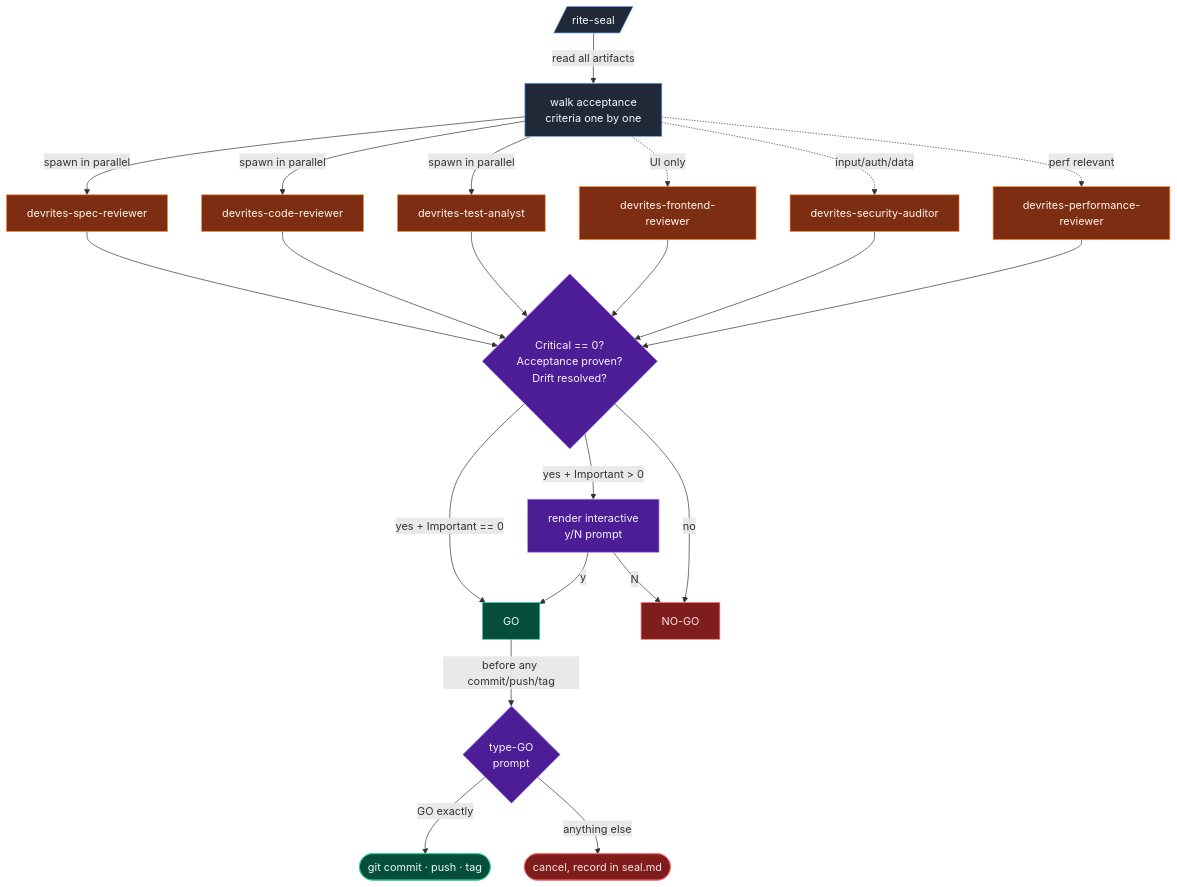
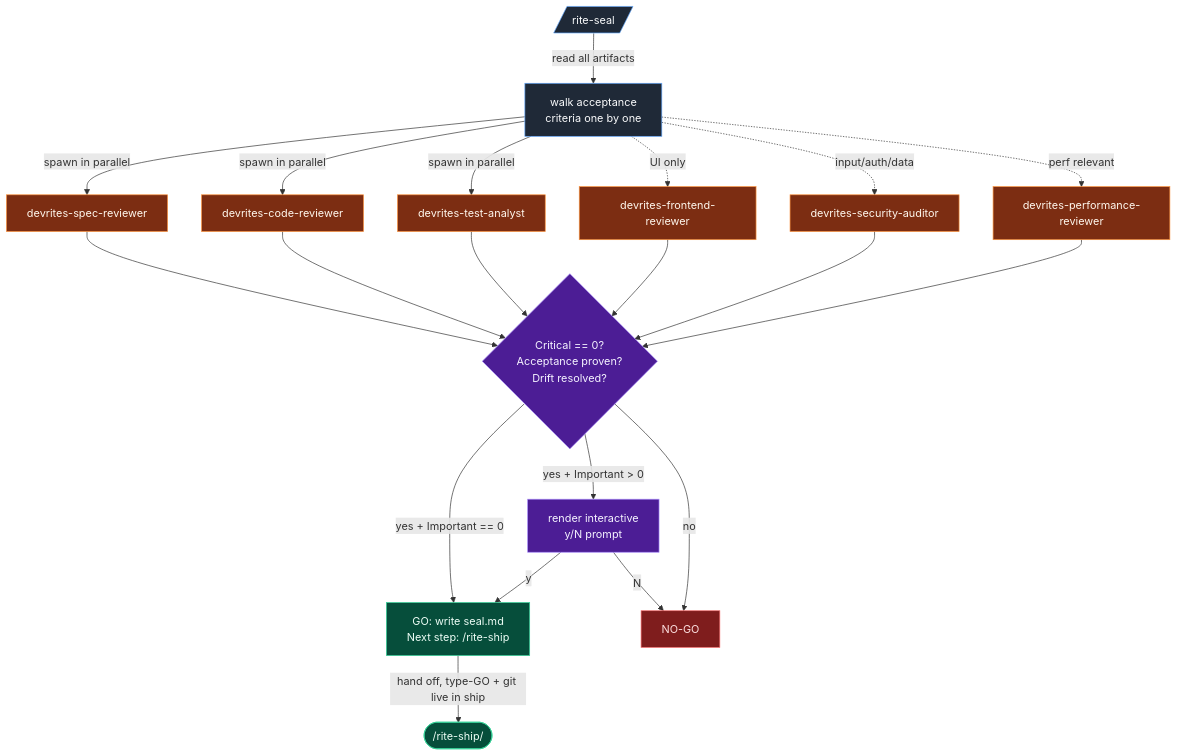
The fourth of 9 diagrams in docs/flow.md (ViktorsBaikers/DevRites), drawn with Mermaid before and after one commit. The commit also changed other lines of this file and 10 other files, not shown here.

First line of the commit message:
docs(docs): reflect ship/autocomplete + seal-decides split

````diff
--- a/docs/flow.md
+++ b/docs/flow.md
@@ -104,36 +107,34 @@
 ```mermaid
 flowchart TB
     Seal[/rite-seal/] -->|read all artifacts| Walk[walk acceptance<br/>criteria one by one]
     Walk -->|spawn in parallel| SpecRev[devrites-spec-reviewer]
     Walk -->|spawn in parallel| CodeRev[devrites-code-reviewer]
     Walk -->|spawn in parallel| TestRev[devrites-test-analyst]
     Walk -.->|UI only| FERev[devrites-frontend-reviewer]
     Walk -.->|input/auth/data| SecRev[devrites-security-auditor]
     Walk -.->|perf relevant| PerfRev[devrites-performance-reviewer]
     SpecRev --> Gate
     CodeRev --> Gate
     TestRev --> Gate
     FERev --> Gate
     SecRev --> Gate
     PerfRev --> Gate
     Gate{Critical == 0?<br/>Acceptance proven?<br/>Drift resolved?}
     Gate -->|yes + Important == 0| Go
     Gate -->|yes + Important > 0| YN[render interactive<br/>y/N prompt]
     Gate -->|no| NoGo[NO-GO]
     YN -->|y| Go
     YN -->|N| NoGo
-    Go[GO] -->|before any commit/push/tag| TypeGO{type-GO<br/>prompt}
-    TypeGO -->|GO exactly| Ship([git commit · push · tag])
-    TypeGO -->|anything else| Cancel([cancel, record in seal.md])
+    Go[GO: write seal.md<br/>Next step: /rite-ship] -->|hand off, type-GO + git live in ship| Ship([/rite-ship/])
 
     classDef phase fill:#1f2937,stroke:#60a5fa,color:#f9fafb
     classDef agent fill:#7c2d12,stroke:#fb923c,color:#fff7ed
     classDef gate fill:#4c1d95,stroke:#a78bfa,color:#f5f3ff
     classDef ship fill:#064e3b,stroke:#34d399,color:#ecfdf5
     classDef stop fill:#7f1d1d,stroke:#f87171,color:#fee2e2
     class Seal,Walk phase
     class SpecRev,CodeRev,TestRev,FERev,SecRev,PerfRev agent
-    class Gate,YN,TypeGO gate
+    class Gate,YN gate
     class Go,Ship ship
-    class NoGo,Cancel stop
+    class NoGo stop
 ```
````
